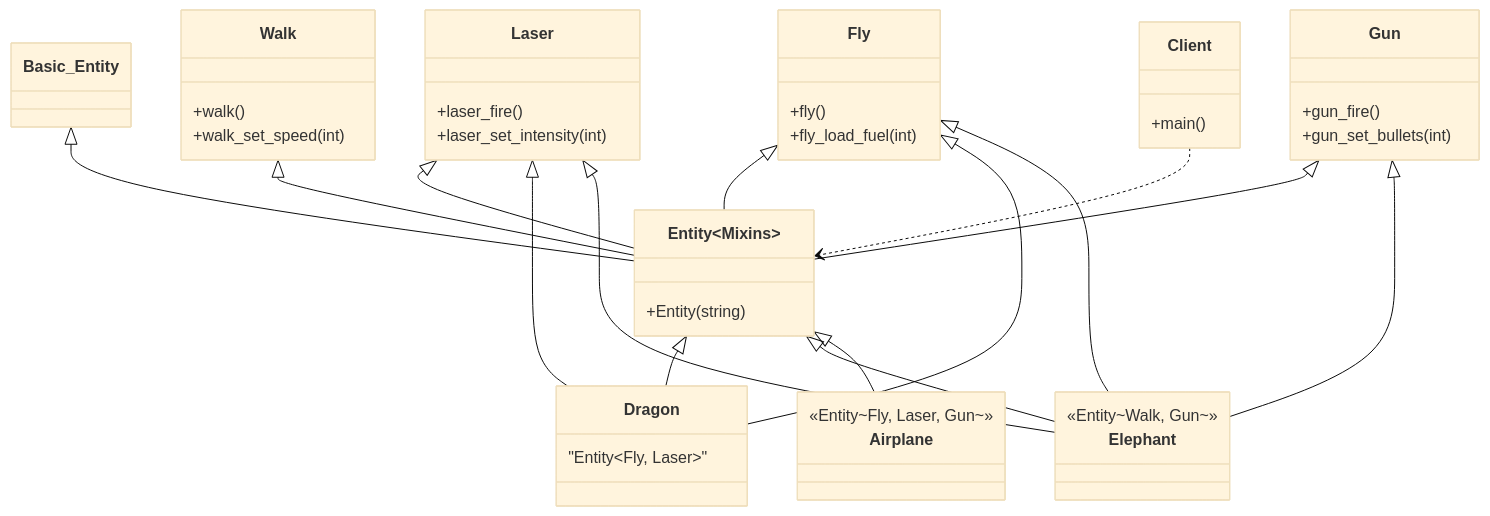
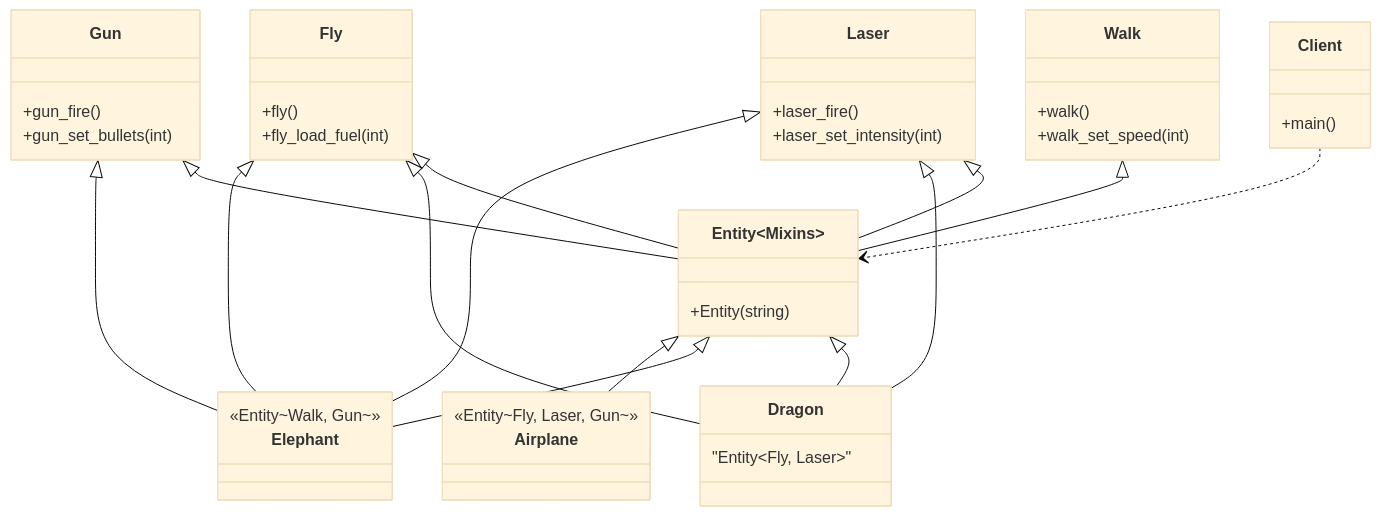
The diagram in 15_Mixin/01_Simple/diagram.md (Cichlidfishexigency721/Modern-CPP-Design-Patterns), drawn with Mermaid (base theme) before and after one commit.

Commit message:
UML improvement

````diff
--- a/15_Mixin/01_Simple/diagram.md
+++ b/15_Mixin/01_Simple/diagram.md
@@ -3,60 +3,60 @@
 ```mermaid
 classDiagram
 %%---------------------------------------------------------------------- Main:
    class Client {
       +main()
    }
 
 %%---------------------------------------------------- Features (Mixin Parts):
    class Laser {
       +laser_fire()
       +laser_set_intensity(int)
    }
 
    class Walk {
       +walk()
       +walk_set_speed(int)
    }
 
    class Gun {
       +gun_fire()
       +gun_set_bullets(int)
    }
 
    class Fly {
       +fly()
       +fly_load_fuel(int)
    }
 
 %%--------------------------------------------------------------------- Entity:
    class Entity~Mixins~ {
       +Entity(string)
    }
 
 %%------------------------------------------------------------ Mixin Entities:
    %% Mixin entities defined by type aliases in the code
    class Dragon { "Entity~Fly, Laser~" }
    class Elephant { <<Entity~Walk, Gun~>> }
    class Airplane { <<Entity~Fly, Laser, Gun~>> }
 
+%%----------------------------------------------------------- UML Composition:
+   %% The client has an Entity<Mixins>>
+   Client ..> Entity~Mixins~
+
    %% Multiple Inheritance (Horizontal Composition)
    %% Inheritance arrows do not use multiplicity numbers
-   Basic_Entity <|-- Entity~Mixins~
    Laser <|-- Entity~Mixins~
    Walk <|-- Entity~Mixins~
    Gun <|-- Entity~Mixins~
    Fly <|-- Entity~Mixins~
 
    %% Relationships for specific types
    Entity~Mixins~ <|-- Dragon
    Fly <|-- Dragon
    Laser <|-- Dragon
    Entity~Mixins~ <|-- Elephant
    Fly <|-- Elephant
    Laser <|-- Elephant
    Gun <|-- Elephant
    Entity~Mixins~ <|-- Airplane
-
-   %% Dependency - No numbers
-   Client ..> Entity~Mixins~
 ```
````
